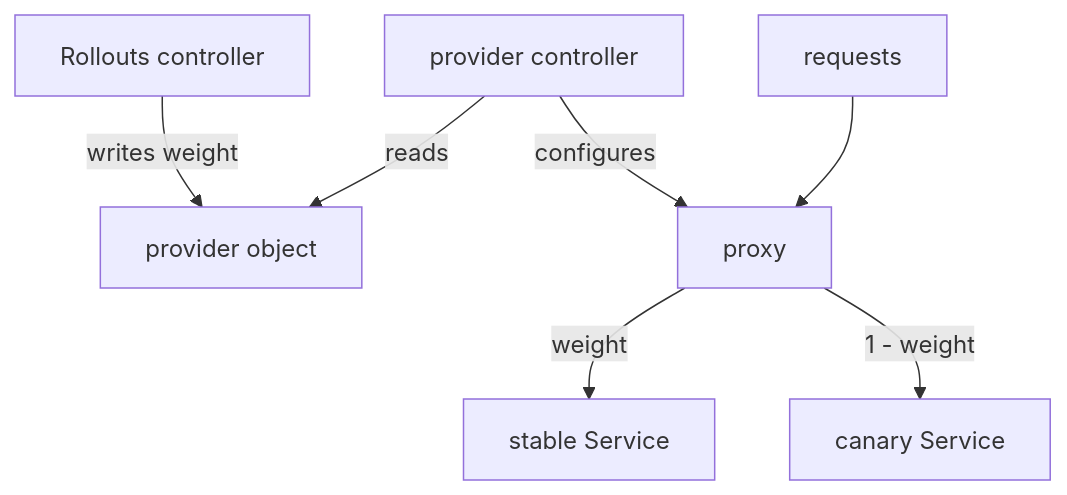
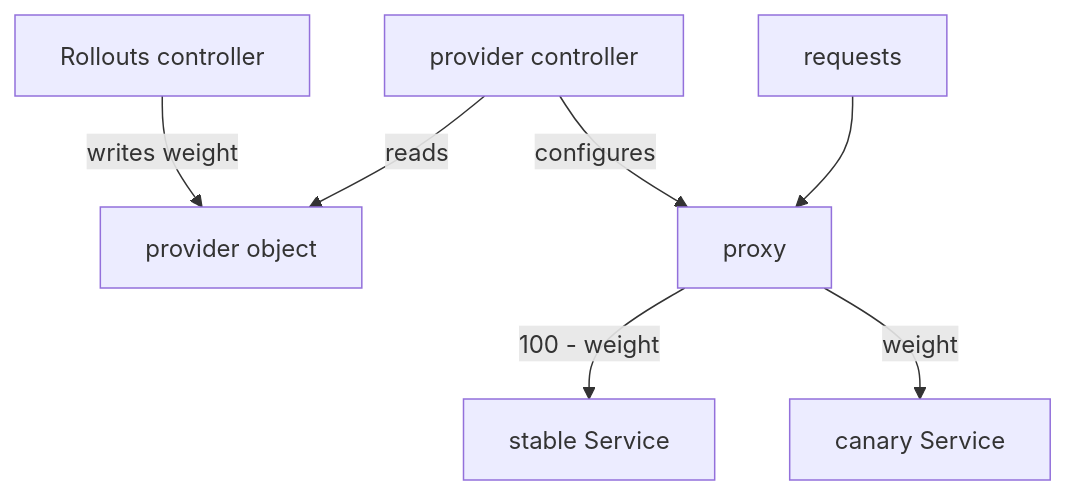
Before and after one commit to astrona-io/ATS062: the diagram in sections/section-020/module-03/course-01-how-the-controller-drives-a-provider.md, drawn with Mermaid. The commit also changed 17 other files, not shown here.

First line of the commit message:
Deepen ATS062 thin parts and add mechanism diagrams

````diff
--- a/sections/section-020/module-03/course-01-how-the-controller-drives-a-provider.md
+++ b/sections/section-020/module-03/course-01-how-the-controller-drives-a-provider.md
@@ -24,9 +24,9 @@
 ```mermaid
 flowchart TB
     R["Rollouts controller"] -->|"writes weight"| P["provider object"]
     PC["provider controller"] -->|"reads"| P
     PC -->|"configures"| D["proxy"]
     U["requests"] --> D
-    D -->|"weight"| S["stable Service"]
-    D -->|"1 - weight"| C["canary Service"]
+    D -->|"100 - weight"| S["stable Service"]
+    D -->|"weight"| C["canary Service"]
 ```
````
